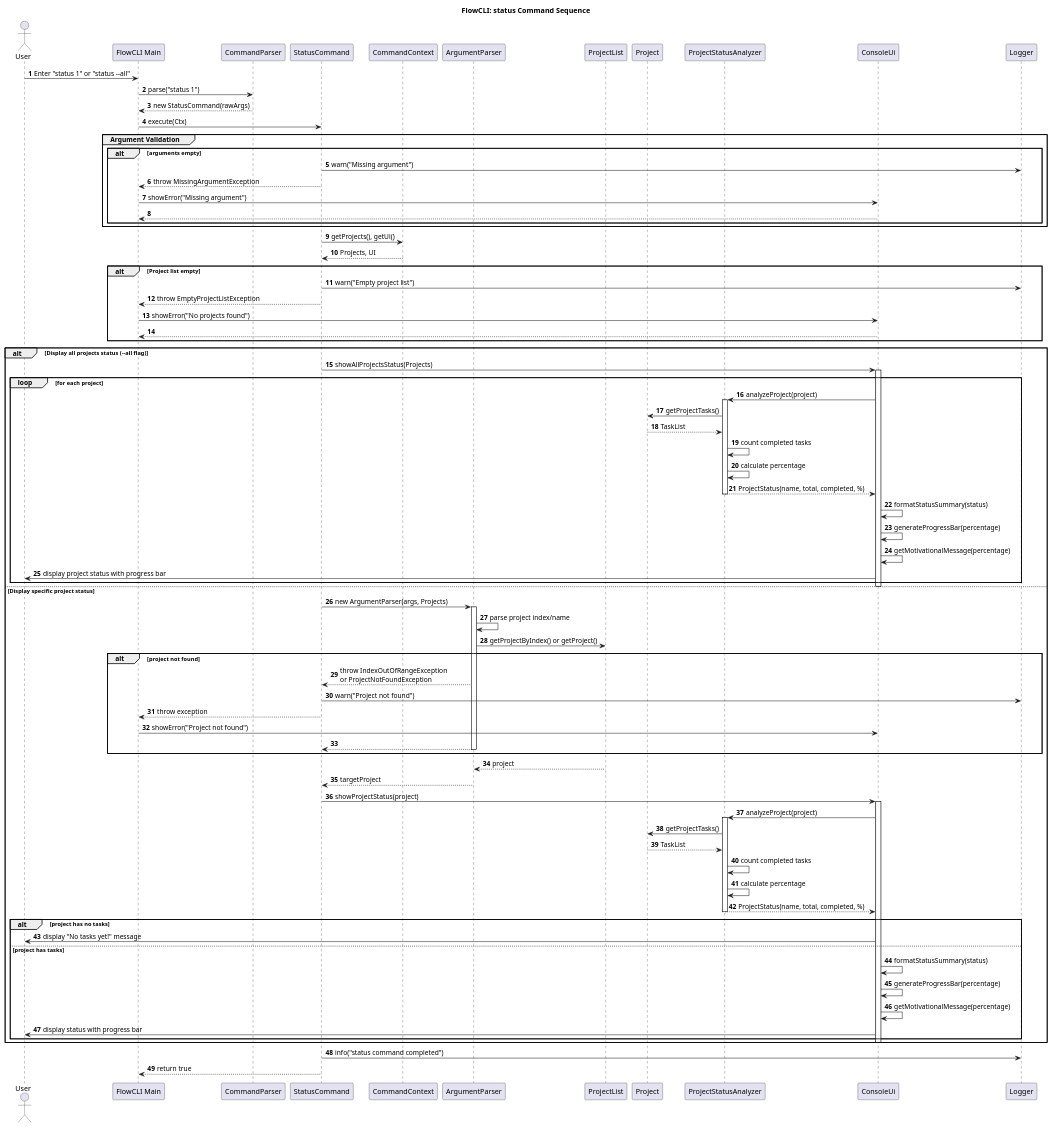
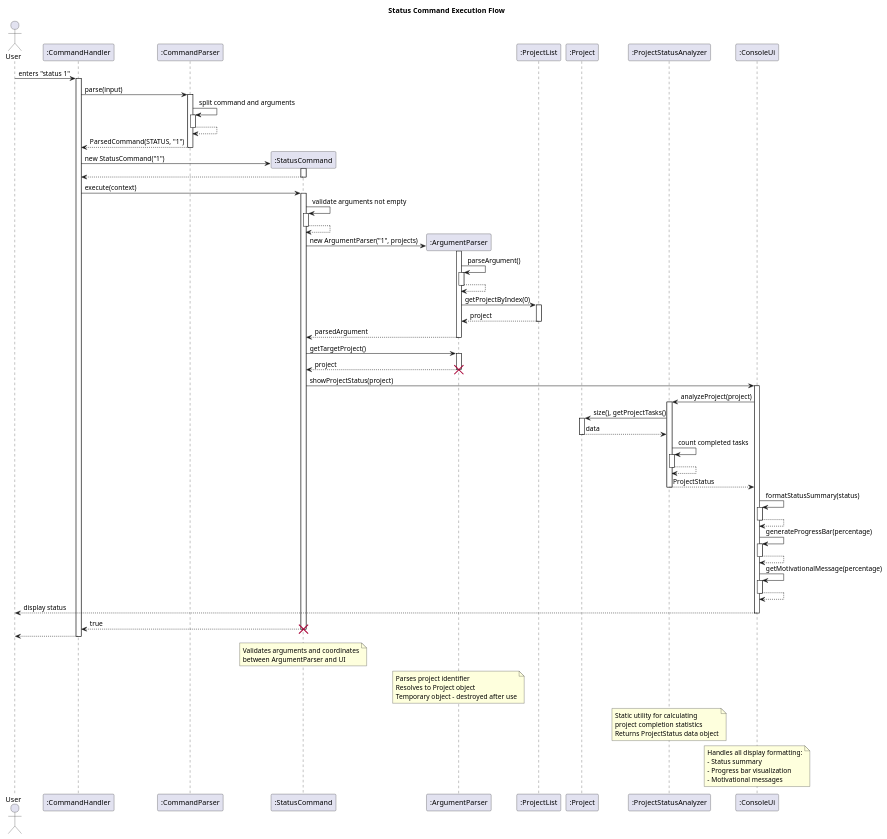
One commit to sean6369/tp changed the diagram in docs/plantUML/status-command-sequence/status-command-sequence-diagram.puml. Above: the diagram before and after it, drawn with PlantUML. The commit also changed 1 other file, not shown here.

Commit message:
Simplify status command sequence diagram to comply with CS2113 standards

```diff
--- a/docs/plantUML/status-command-sequence/status-command-sequence-diagram.puml
+++ b/docs/plantUML/status-command-sequence/status-command-sequence-diagram.puml
@@ -1,109 +1,134 @@
 @startuml StatusCommandSequenceDiagram
-title FlowCLI: status Command Sequence
-autonumber
+title Status Command Execution Flow
 
 actor User
-participant "FlowCLI Main" as CLI
-participant "CommandParser" as Parser
-participant "StatusCommand" as StatusCmd
-participant "CommandContext" as Ctx
-participant "ArgumentParser" as ArgParser
-participant "ProjectList" as Projects
-participant "Project" as Proj
-participant "ProjectStatusAnalyzer" as Analyzer
-participant "ConsoleUi" as UI
-participant "Logger" as Log
+participant ":CommandHandler" as Handler
+participant ":CommandParser" as Parser
+participant ":StatusCommand" as StatusCmd
+participant ":ArgumentParser" as ArgParser
+participant ":ProjectList" as Projects
+participant ":Project" as Proj
+participant ":ProjectStatusAnalyzer" as Analyzer
+participant ":ConsoleUi" as UI
 
-User -> CLI: Enter "status 1" or "status --all"
-CLI -> Parser: parse("status 1")
-Parser --> CLI: new StatusCommand(rawArgs)
+User -> Handler: enters "status 1"
+activate Handler
 
-CLI -> StatusCmd: execute(Ctx)
+Handler -> Parser: parse(input)
+activate Parser
 
-group Argument Validation
-  alt arguments empty
-    StatusCmd -> Log: warn("Missing argument")
-    StatusCmd --> CLI: throw MissingArgumentException
-    CLI -> UI: showError("Missing argument")
-    return
-  end
-end
+Parser -> Parser: split command and arguments
+activate Parser
+Parser --> Parser
+deactivate Parser
 
-StatusCmd -> Ctx: getProjects(), getUi()
-Ctx --> StatusCmd: Projects, UI
+Parser --> Handler: ParsedCommand(STATUS, "1")
+deactivate Parser
 
-alt Project list empty
-  StatusCmd -> Log: warn("Empty project list")
-  StatusCmd --> CLI: throw EmptyProjectListException
-  CLI -> UI: showError("No projects found")
-  return
-end
+create StatusCmd
+Handler -> StatusCmd: new StatusCommand("1")
+activate StatusCmd
+StatusCmd --> Handler
+deactivate StatusCmd
 
-alt Display all projects status (--all flag)
-  StatusCmd -> UI: showAllProjectsStatus(Projects)
-  activate UI
-  
-  loop for each project
-    UI -> Analyzer: analyzeProject(project)
-    activate Analyzer
-    Analyzer -> Proj: getProjectTasks()
-    Proj --> Analyzer: TaskList
-    Analyzer -> Analyzer: count completed tasks
-    Analyzer -> Analyzer: calculate percentage
-    Analyzer --> UI: ProjectStatus(name, total, completed, %)
-    deactivate Analyzer
-    
-    UI -> UI: formatStatusSummary(status)
-    UI -> UI: generateProgressBar(percentage)
-    UI -> UI: getMotivationalMessage(percentage)
-    UI -> User: display project status with progress bar
-  end
-  
-  deactivate UI
-  
-else Display specific project status
-  StatusCmd -> ArgParser: new ArgumentParser(args, Projects)
-  activate ArgParser
-  ArgParser -> ArgParser: parse project index/name
-  ArgParser -> Projects: getProjectByIndex() or getProject()
-  
-  alt project not found
-    ArgParser --> StatusCmd: throw IndexOutOfRangeException\nor ProjectNotFoundException
-    StatusCmd -> Log: warn("Project not found")
-    StatusCmd --> CLI: throw exception
-    CLI -> UI: showError("Project not found")
-    return
-  end
-  
-  Projects --> ArgParser: project
-  ArgParser --> StatusCmd: targetProject
-  deactivate ArgParser
-  
-  StatusCmd -> UI: showProjectStatus(project)
-  activate UI
-  
-  UI -> Analyzer: analyzeProject(project)
-  activate Analyzer
-  Analyzer -> Proj: getProjectTasks()
-  Proj --> Analyzer: TaskList
-  Analyzer -> Analyzer: count completed tasks
-  Analyzer -> Analyzer: calculate percentage
-  Analyzer --> UI: ProjectStatus(name, total, completed, %)
-  deactivate Analyzer
-  
-  alt project has no tasks
-    UI -> User: display "No tasks yet!" message
-  else project has tasks
-    UI -> UI: formatStatusSummary(status)
-    UI -> UI: generateProgressBar(percentage)
-    UI -> UI: getMotivationalMessage(percentage)
-    UI -> User: display status with progress bar
-  end
-  
-  deactivate UI
-end
+Handler -> StatusCmd: execute(context)
+activate StatusCmd
 
-StatusCmd -> Log: info("status command completed")
-StatusCmd --> CLI: return true
+StatusCmd -> StatusCmd: validate arguments not empty
+activate StatusCmd
+StatusCmd --> StatusCmd
+deactivate StatusCmd
+
+create ArgParser
+StatusCmd -> ArgParser: new ArgumentParser("1", projects)
+activate ArgParser
+
+ArgParser -> ArgParser: parseArgument()
+activate ArgParser
+ArgParser --> ArgParser
+deactivate ArgParser
+
+ArgParser -> Projects: getProjectByIndex(0)
+activate Projects
+Projects --> ArgParser: project
+deactivate Projects
+
+ArgParser --> StatusCmd: parsedArgument
+deactivate ArgParser
+
+StatusCmd -> ArgParser: getTargetProject()
+activate ArgParser
+ArgParser --> StatusCmd: project
+deactivate ArgParser
+
+destroy ArgParser
+
+StatusCmd -> UI: showProjectStatus(project)
+activate UI
+
+UI -> Analyzer: analyzeProject(project)
+activate Analyzer
+
+Analyzer -> Proj: size(), getProjectTasks()
+activate Proj
+Proj --> Analyzer: data
+deactivate Proj
+
+Analyzer -> Analyzer: count completed tasks
+activate Analyzer
+Analyzer --> Analyzer
+deactivate Analyzer
+
+Analyzer --> UI: ProjectStatus
+deactivate Analyzer
+
+UI -> UI: formatStatusSummary(status)
+activate UI
+UI --> UI
+deactivate UI
+
+UI -> UI: generateProgressBar(percentage)
+activate UI
+UI --> UI
+deactivate UI
+
+UI -> UI: getMotivationalMessage(percentage)
+activate UI
+UI --> UI
+deactivate UI
+
+UI --> User: display status
+deactivate UI
+
+StatusCmd --> Handler: true
+deactivate StatusCmd
+destroy StatusCmd
+
+Handler --> User
+deactivate Handler
+
+note over StatusCmd
+  Validates arguments and coordinates
+  between ArgumentParser and UI
+end note
+
+note over ArgParser
+  Parses project identifier
+  Resolves to Project object
+  Temporary object - destroyed after use
+end note
+
+note over Analyzer
+  Static utility for calculating
+  project completion statistics
+  Returns ProjectStatus data object
+end note
+
+note over UI
+  Handles all display formatting:
+  - Status summary
+  - Progress bar visualization
+  - Motivational messages
+end note
 
 @enduml
```
